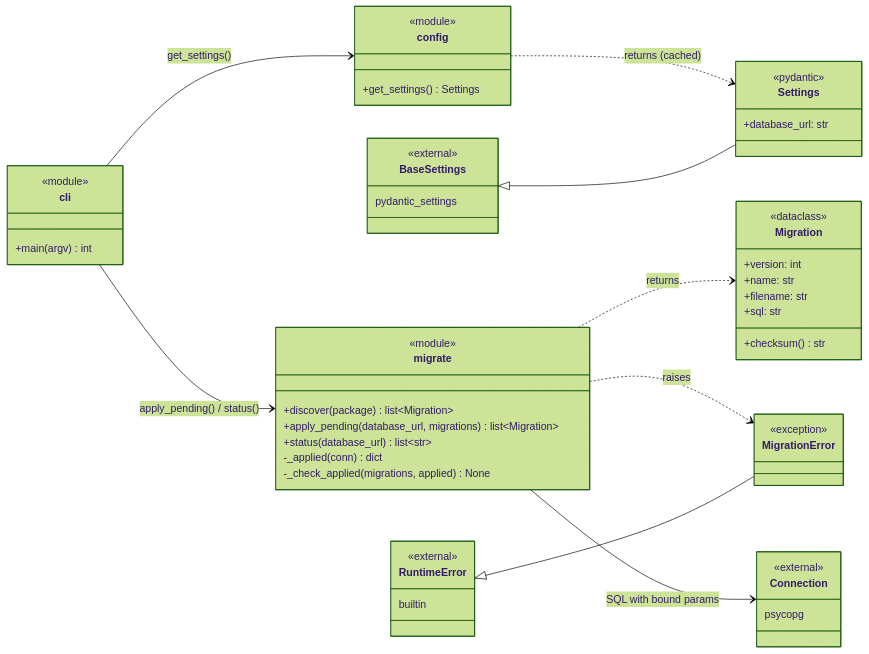
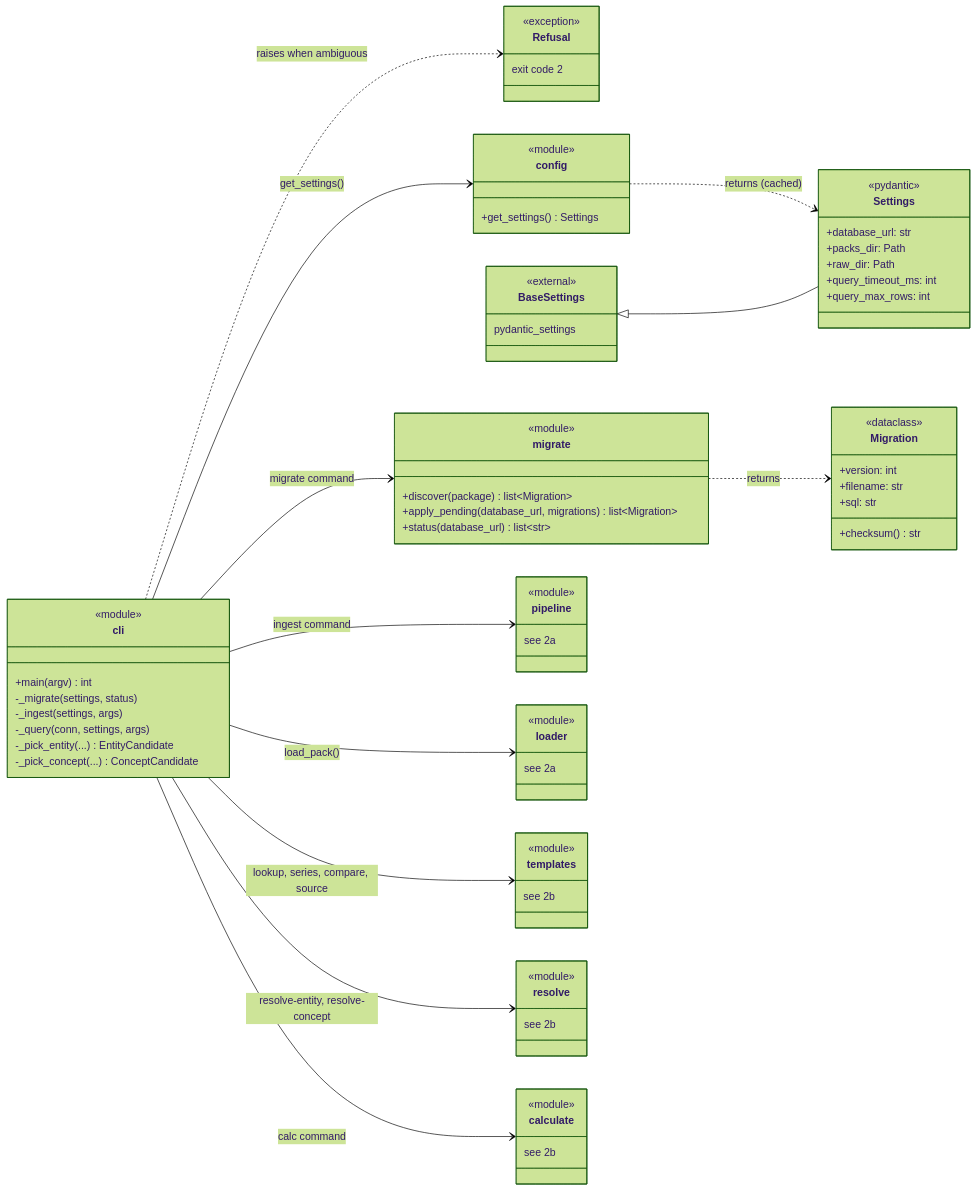
The fourth of 8 diagrams in docs/code-map.md (ChinmayLokare/verified-rag), drawn with Mermaid (forest theme) before and after one commit. The commit also changed other lines of this file and 37 other files, not shown here.

````diff
--- a/docs/code-map.md
+++ b/docs/code-map.md
@@ -70,65 +350,80 @@
 ```mermaid
 classDiagram
     direction LR
 
     class cli {
         <<module>>
         +main(argv) int
+        -_migrate(settings, status)
+        -_ingest(settings, args)
+        -_query(conn, settings, args)
+        -_pick_entity(...) EntityCandidate
+        -_pick_concept(...) ConceptCandidate
     }
-
+    class Refusal {
+        <<exception>>
+        exit code 2
+    }
     class config {
         <<module>>
         +get_settings() Settings
     }
-
     class Settings {
         <<pydantic>>
         +database_url: str
+        +packs_dir: Path
+        +raw_dir: Path
+        +query_timeout_ms: int
+        +query_max_rows: int
     }
-
     class migrate {
         <<module>>
         +discover(package) list~Migration~
         +apply_pending(database_url, migrations) list~Migration~
         +status(database_url) list~str~
-        -_applied(conn) dict
-        -_check_applied(migrations, applied) None
     }
-
     class Migration {
         <<dataclass>>
         +version: int
-        +name: str
         +filename: str
         +sql: str
         +checksum() str
     }
-
-    class MigrationError {
-        <<exception>>
-    }
-
     class BaseSettings {
         <<external>>
         pydantic_settings
     }
 
-    class RuntimeError {
-        <<external>>
-        builtin
-    }
-
-    class Connection {
-        <<external>>
-        psycopg
-    }
-
     cli --> config : get_settings()
-    cli --> migrate : apply_pending() / status()
+    cli --> migrate : migrate command
+    cli --> pipeline : ingest command
+    cli --> loader : load_pack()
+    cli --> templates : lookup, series, compare, source
+    cli --> resolve : resolve-entity, resolve-concept
+    cli --> calculate : calc command
+    cli ..> Refusal : raises when ambiguous
     config ..> Settings : returns (cached)
     BaseSettings <|-- Settings
     migrate ..> Migration : returns
-    migrate ..> MigrationError : raises
-    RuntimeError <|-- MigrationError
-    migrate --> Connection : SQL with bound params
+
+    class pipeline {
+        <<module>>
+        see 2a
+    }
+    class loader {
+        <<module>>
+        see 2a
+    }
+    class templates {
+        <<module>>
+        see 2b
+    }
+    class resolve {
+        <<module>>
+        see 2b
+    }
+    class calculate {
+        <<module>>
+        see 2b
+    }
 ```
````
